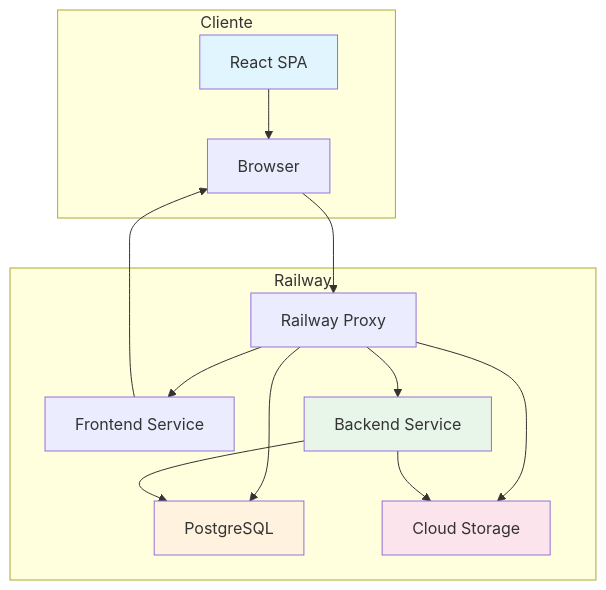
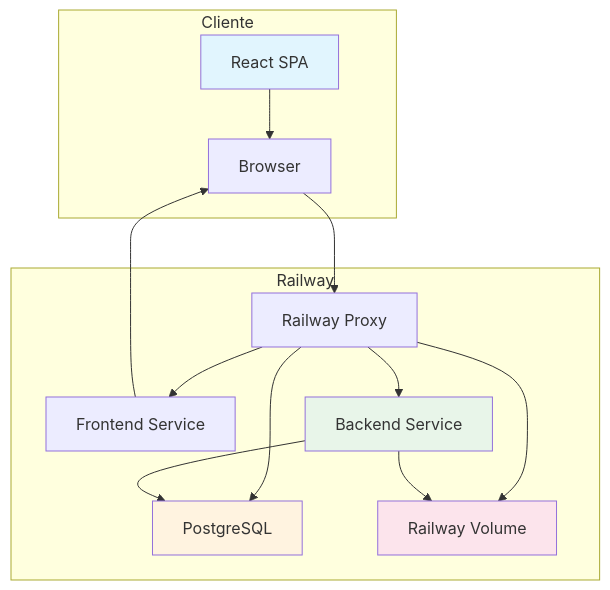
Before and after one commit to ImpLosBukisHMO/catalogo-bukis-frontend: the first of 9 diagrams in docs/ARCHITECTURE.md, drawn with Mermaid. The commit also changed other lines of this file and 5 other files, not shown here.

Commit message:
docs: remove Cloudinary references - using Railway Volume only

````diff
--- a/docs/ARCHITECTURE.md
+++ b/docs/ARCHITECTURE.md
@@ -7,25 +7,25 @@
 ```mermaid
 graph TB
     subgraph "Cliente"
         A[React SPA]
         A --> B[Browser]
     end
 
     subgraph "Railway"
         C[Railway Proxy]
         C --> D[Frontend Service]
         C --> E[Backend Service]
         C --> F[PostgreSQL]
-        C --> G[Cloud Storage]
+        C --> G[Railway Volume]
     end
 
     B --> C
     D --> B
     E --> F
     E --> G
 
     style A fill:#e1f5fe
     style E fill:#e8f5e9
     style F fill:#fff3e0
     style G fill:#fce4ec
 ```
````
